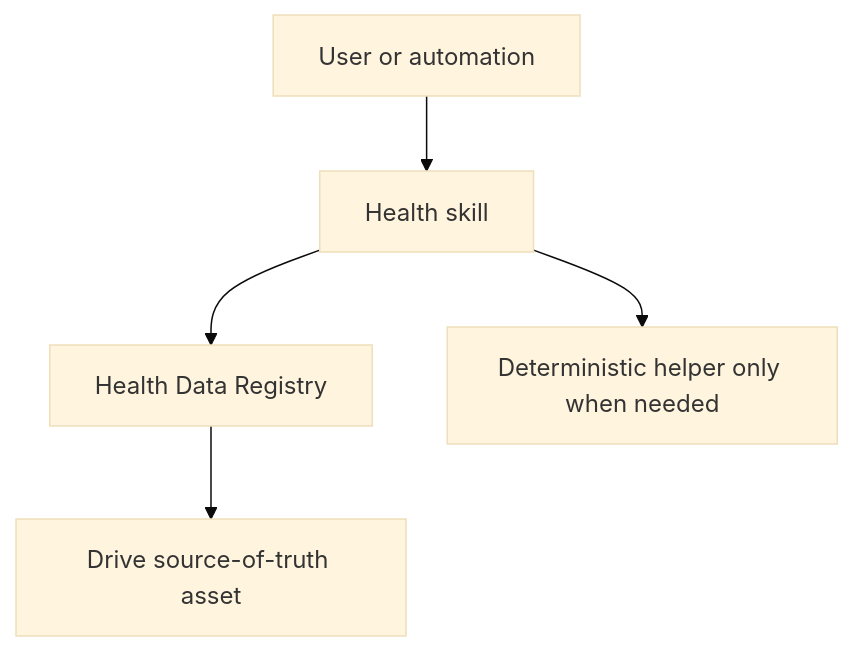
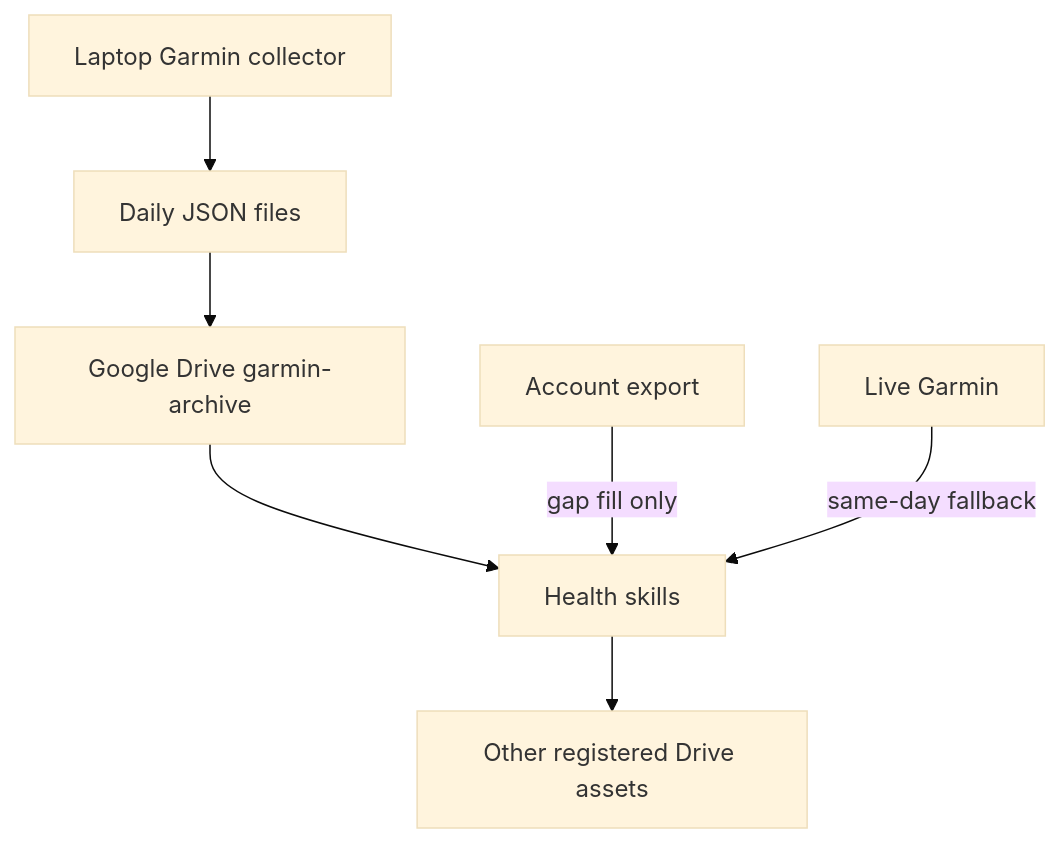
The diagram in README.md (mozaa1288/health), drawn with Mermaid (base theme) before and after one commit. The commit also changed other lines of this file, not shown here.

Commit message:
Document daily Garmin archive as default source

````diff
--- a/README.md
+++ b/README.md
@@ -40,7 +58,9 @@
 ```mermaid
 flowchart TD
-    A["User or automation"] --> B["Health skill"]
-    B --> C["Health Data Registry"]
-    C --> D["Drive source-of-truth asset"]
-    B --> E["Deterministic helper only when needed"]
+    A["Laptop Garmin collector"] --> B["Daily JSON files"]
+    B --> C["Google Drive garmin-archive"]
+    C --> D["Health skills"]
+    E["Account export"] -->|gap fill only| D
+    F["Live Garmin"] -->|same-day fallback| D
+    D --> G["Other registered Drive assets"]
 ```
````
